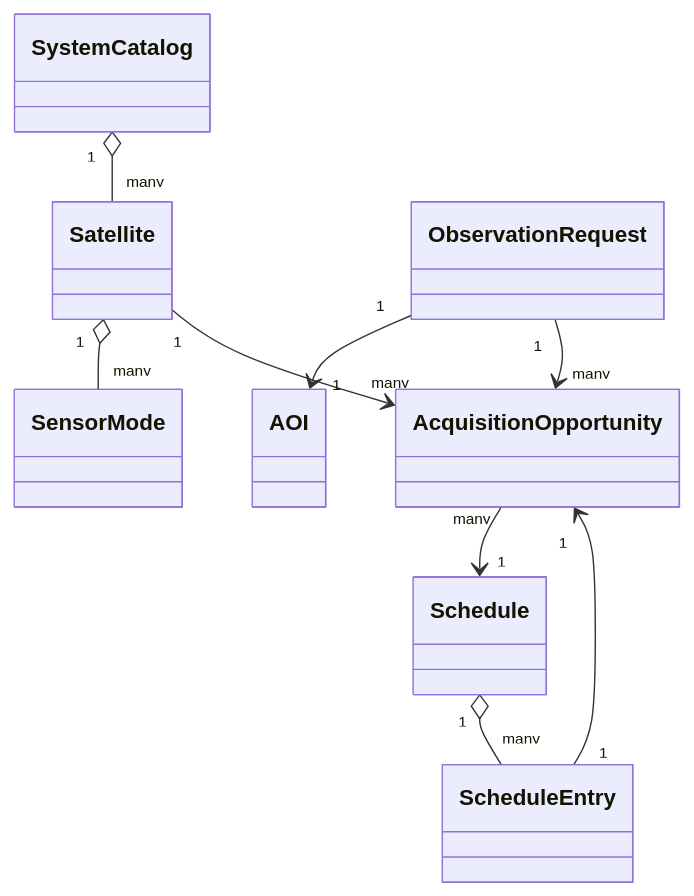
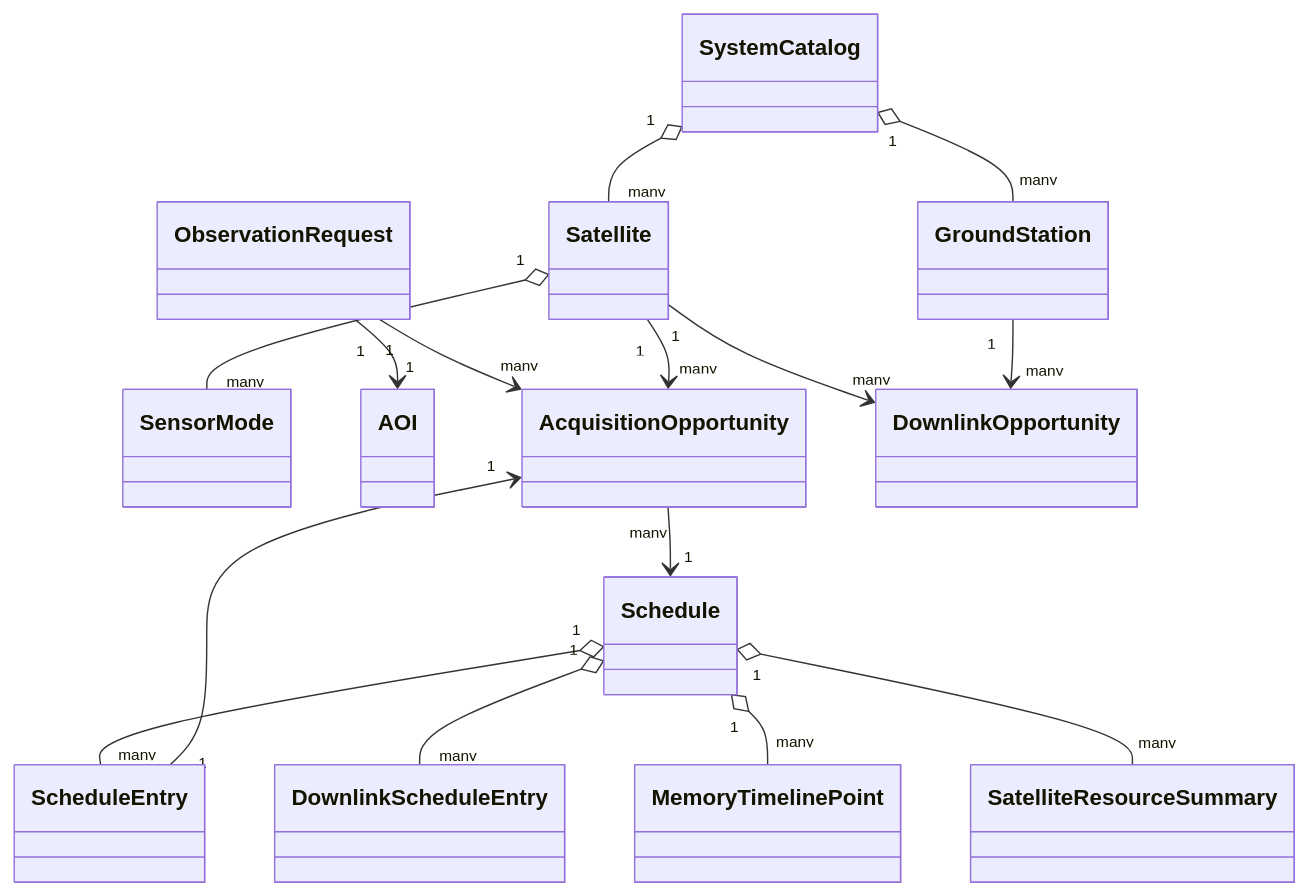
The diagram in docs/data_model.md (matigeoman/satellite-acquisition-planner), drawn with Mermaid before and after one commit. The commit also changed other lines of this file and 75 other files, not shown here.

Commit message:
Add operational downlink and dynamic memory planning 1.3.0

````diff
--- a/docs/data_model.md
+++ b/docs/data_model.md
@@ -5,11 +5,17 @@
 ```mermaid
 classDiagram
     SystemCatalog "1" o-- "many" Satellite
+    SystemCatalog "1" o-- "many" GroundStation
     Satellite "1" o-- "many" SensorMode
     ObservationRequest "1" --> "1" AOI
     ObservationRequest "1" --> "many" AcquisitionOpportunity
     Satellite "1" --> "many" AcquisitionOpportunity
+    Satellite "1" --> "many" DownlinkOpportunity
+    GroundStation "1" --> "many" DownlinkOpportunity
     AcquisitionOpportunity "many" --> "1" Schedule
     Schedule "1" o-- "many" ScheduleEntry
+    Schedule "1" o-- "many" DownlinkScheduleEntry
+    Schedule "1" o-- "many" MemoryTimelinePoint
+    Schedule "1" o-- "many" SatelliteResourceSummary
     ScheduleEntry "1" --> "1" AcquisitionOpportunity
 ```
````
